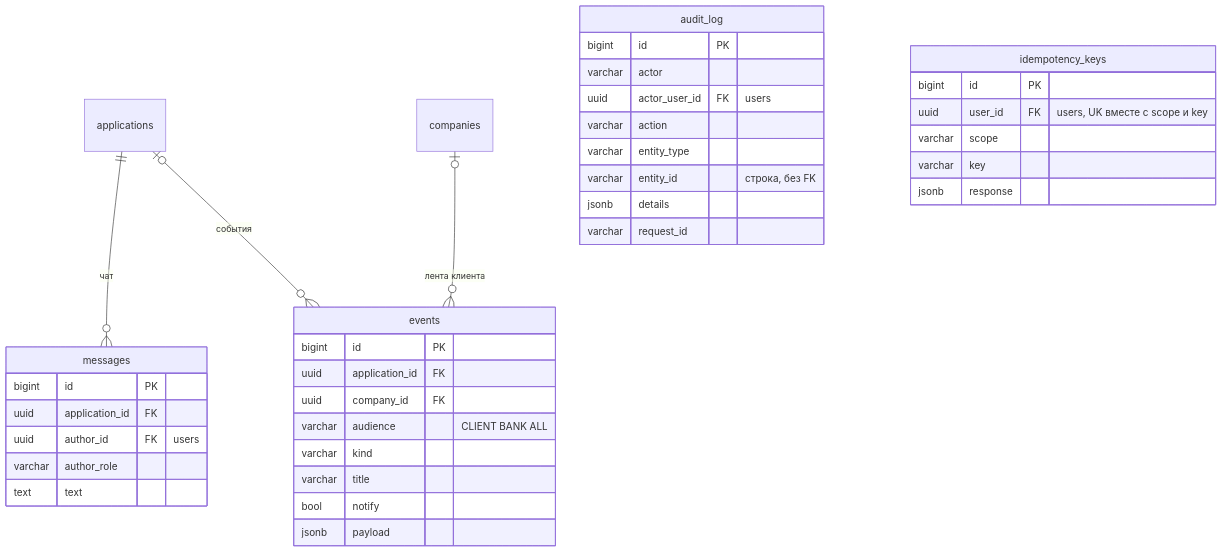
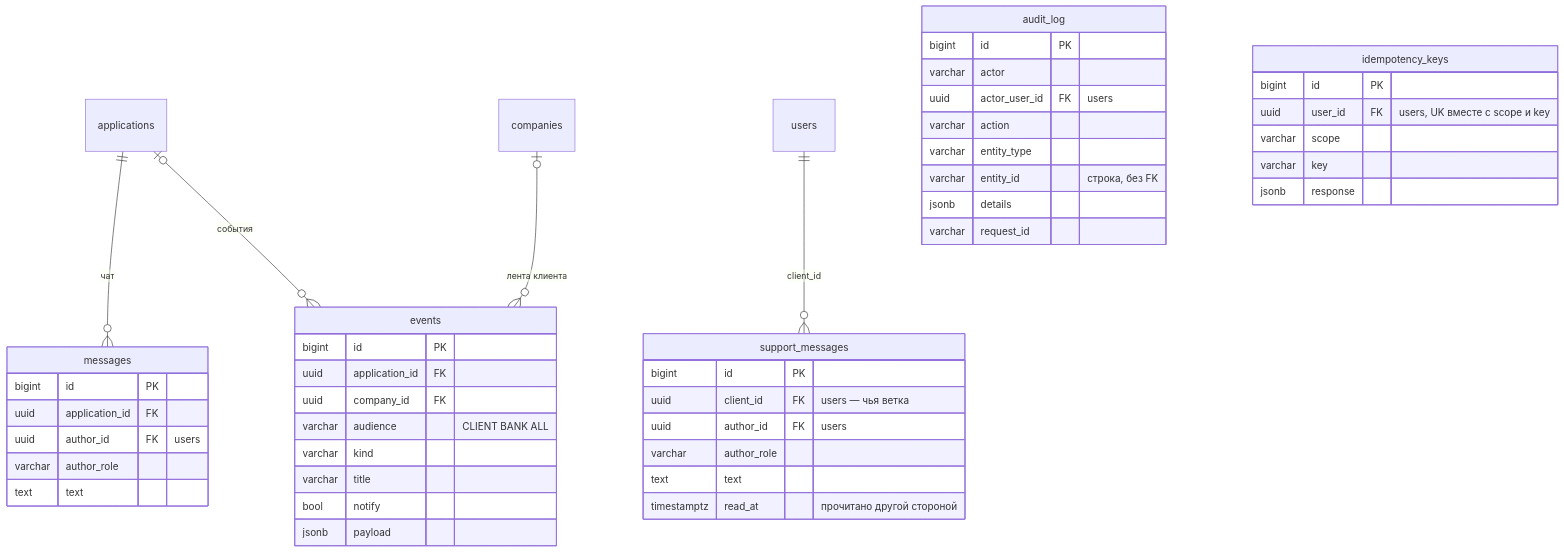
Before and after one commit to BreezeAreaSay/alfa-hakaton: the fifth of 6 diagrams in docs/data-model.md, drawn with Mermaid. The commit also changed other lines of this file and 28 other files, not shown here.

````diff
--- a/docs/data-model.md
+++ b/docs/data-model.md
@@ -285,40 +286,49 @@
 ```mermaid
 erDiagram
     applications ||--o{ messages : "чат"
+    users ||--o{ support_messages : "client_id"
     applications |o--o{ events : "события"
     companies |o--o{ events : "лента клиента"
     messages {
         bigint id PK
         uuid application_id FK
         uuid author_id FK "users"
         varchar author_role
         text text
+    }
+    support_messages {
+        bigint id PK
+        uuid client_id FK "users — чья ветка"
+        uuid author_id FK "users"
+        varchar author_role
+        text text
+        timestamptz read_at "прочитано другой стороной"
     }
     events {
         bigint id PK
         uuid application_id FK
         uuid company_id FK
         varchar audience "CLIENT BANK ALL"
         varchar kind
         varchar title
         bool notify
         jsonb payload
     }
     audit_log {
         bigint id PK
         varchar actor
         uuid actor_user_id FK "users"
         varchar action
         varchar entity_type
         varchar entity_id "строка, без FK"
         jsonb details
         varchar request_id
     }
     idempotency_keys {
         bigint id PK
         uuid user_id FK "users, UK вместе с scope и key"
         varchar scope
         varchar key
         jsonb response
     }
 ```
````
